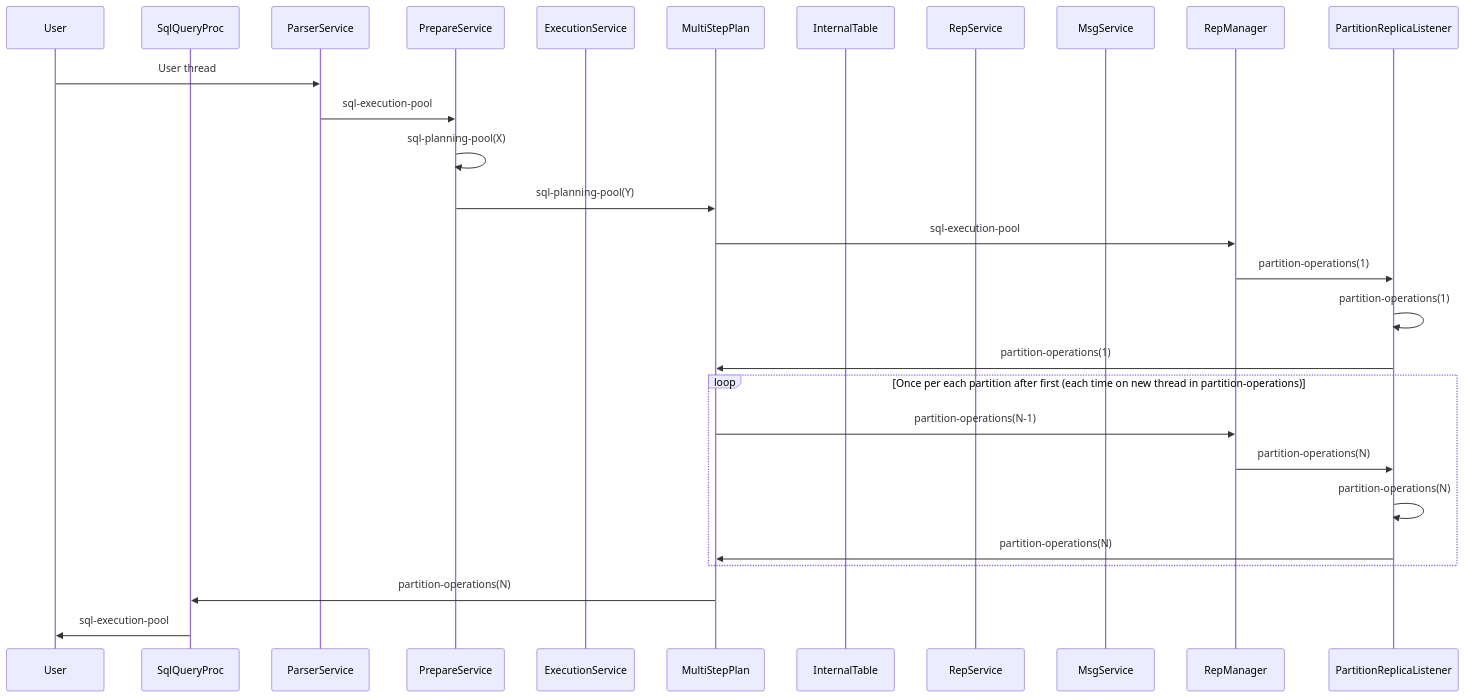
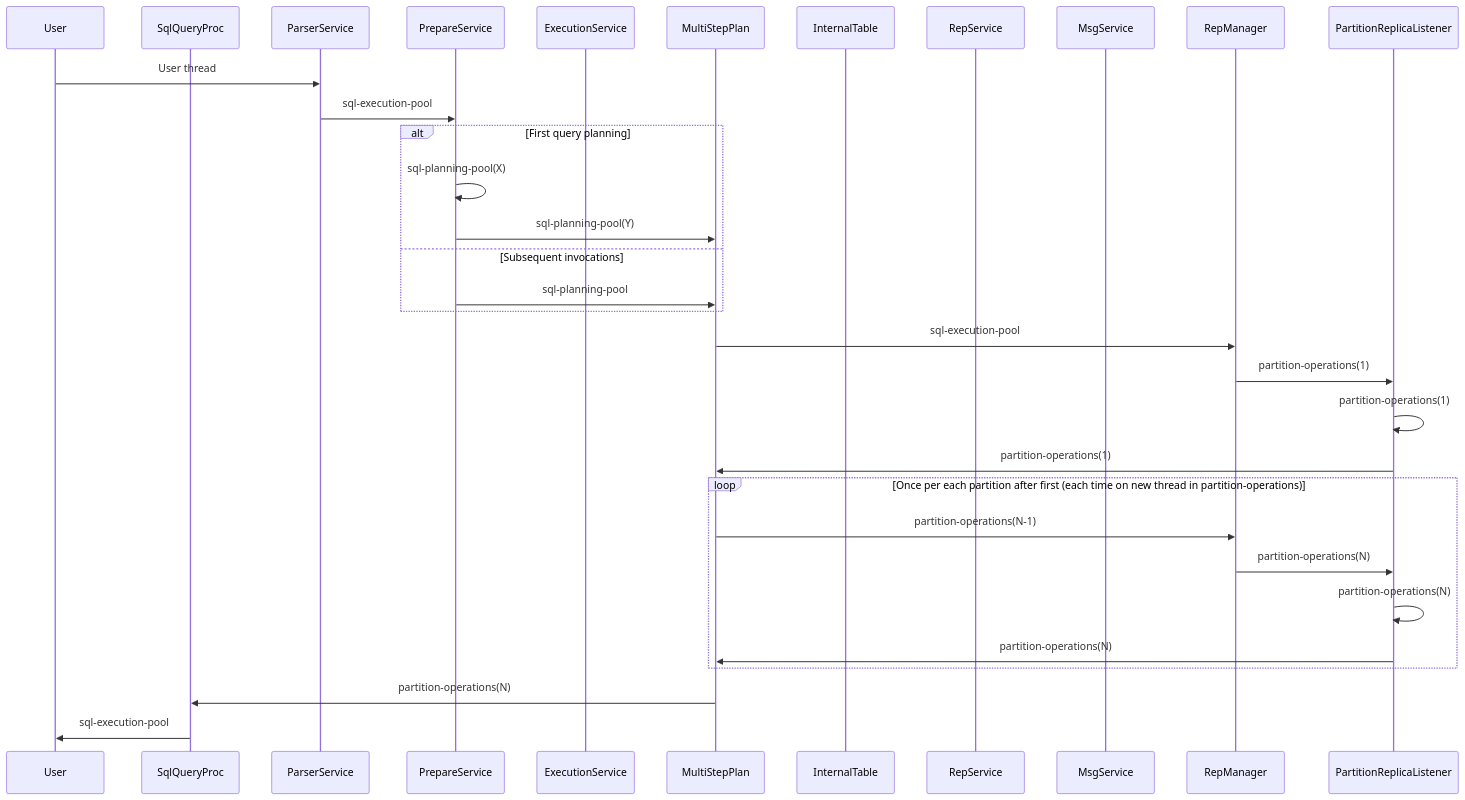
Before and after one commit to gridgain/apache-ignite-3: the fourth of 4 diagrams in thread-traces.md, drawn with Mermaid.

````diff
--- a/thread-traces.md
+++ b/thread-traces.md
@@ -85,31 +85,35 @@
 ```mermaid
 sequenceDiagram
 participant User
 participant SQLProc as SqlQueryProc
 participant ParserService
 participant PrepareService
 participant ExecutionService
 participant MultiStepPlan
 participant InternalTable
 participant RepService
 participant MsgService
 participant RepManager
 participant PRL as PartitionReplicaListener
 
 User ->> ParserService: User thread
 ParserService ->> PrepareService: sql-execution-pool
-PrepareService ->> PrepareService: sql-planning-pool(X)
-PrepareService ->> MultiStepPlan: sql-planning-pool(Y)
+alt First query planning
+  PrepareService ->> PrepareService: sql-planning-pool(X)
+  PrepareService ->> MultiStepPlan: sql-planning-pool(Y)
+else Subsequent invocations
+  PrepareService ->> MultiStepPlan: sql-planning-pool
+end
 MultiStepPlan ->> RepManager: sql-execution-pool
 RepManager ->> PRL: partition-operations(1)
 PRL ->> PRL: partition-operations(1)
 PRL ->> MultiStepPlan: partition-operations(1)
 loop Once per each partition after first (each time on new thread in partition-operations)
   MultiStepPlan ->> RepManager: partition-operations(N-1)
   RepManager ->> PRL: partition-operations(N)
   PRL ->> PRL: partition-operations(N)
   PRL ->> MultiStepPlan: partition-operations(N)
 end
 MultiStepPlan ->> SQLProc: partition-operations(N)
 SQLProc ->> User: sql-execution-pool
 ```
````
